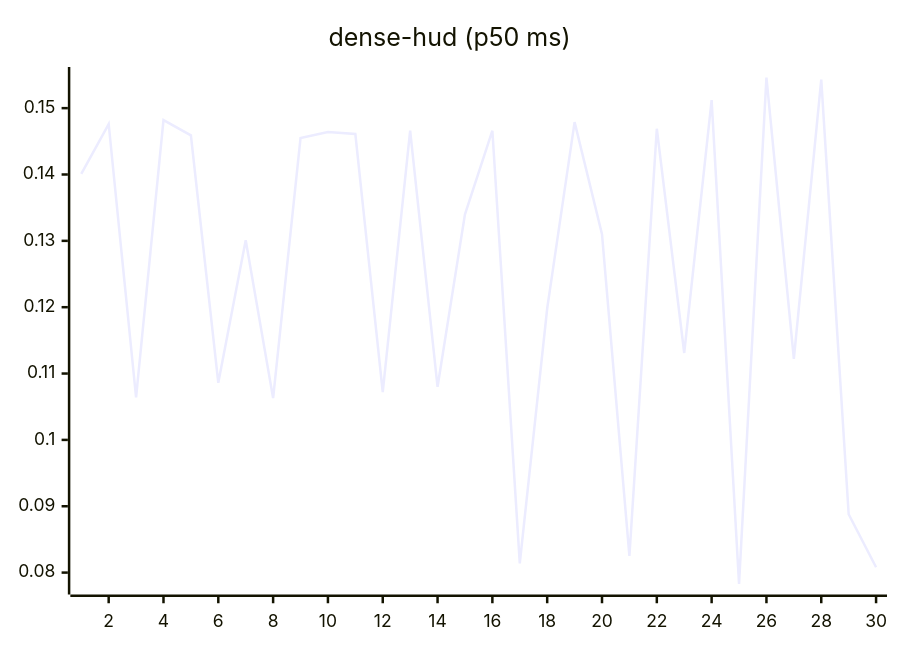
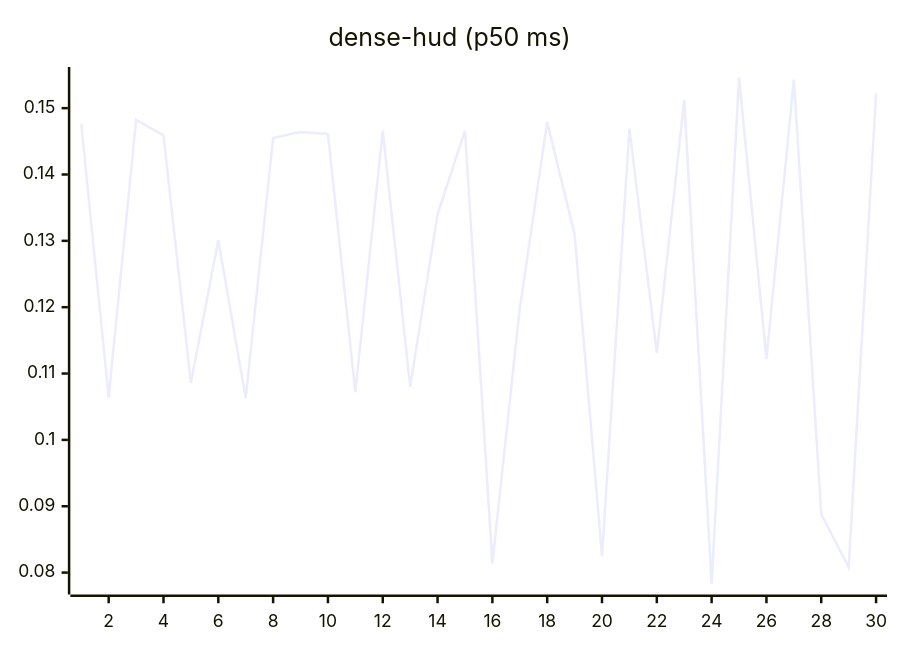
The eighth of 27 diagrams in README.md (josha/Facet), drawn with Mermaid before and after one commit. The commit also changed other lines of this file and 2 other files, not shown here.

````diff
--- a/README.md
+++ b/README.md
@@ -112,6 +112,6 @@
 ```mermaid
 xychart-beta
     title "dense-hud (p50 ms)"
     x-axis 1 --> 30
-    line [0.1401, 0.1476, 0.1064, 0.1482, 0.1459, 0.1086, 0.1301, 0.1063, 0.1455, 0.1464, 0.1461, 0.1072, 0.1466, 0.1080, 0.1340, 0.1466, 0.0814, 0.1198, 0.1479, 0.1310, 0.0825, 0.1469, 0.1131, 0.1512, 0.0783, 0.1546, 0.1122, 0.1543, 0.0888, 0.0808]
+    line [0.1476, 0.1064, 0.1482, 0.1459, 0.1086, 0.1301, 0.1063, 0.1455, 0.1464, 0.1461, 0.1072, 0.1466, 0.1080, 0.1340, 0.1466, 0.0814, 0.1198, 0.1479, 0.1310, 0.0825, 0.1469, 0.1131, 0.1512, 0.0783, 0.1546, 0.1122, 0.1543, 0.0888, 0.0808, 0.1522]
 ```
````
